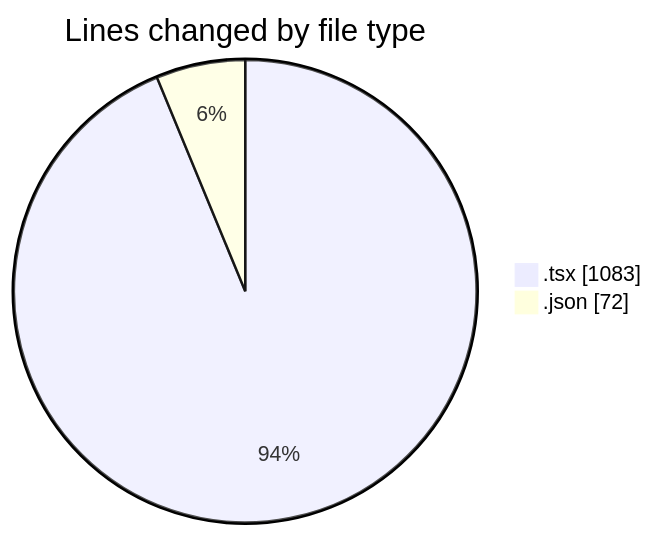
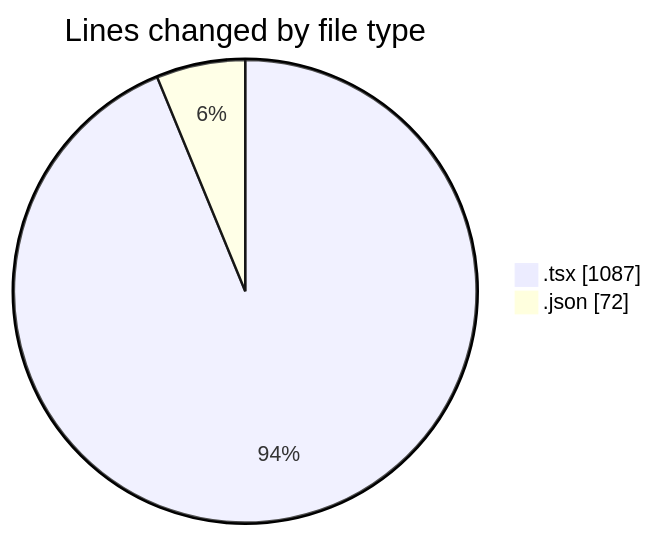
The first of 2 diagrams in 2026-11-11/cda/README.md (momahboobian/code-tracking), drawn with Mermaid before and after one commit. The commit also changed other lines of this file and 1 other file, not shown here.

````diff
--- a/2026-11-11/cda/README.md
+++ b/2026-11-11/cda/README.md
@@ -24,6 +24,6 @@
 ```mermaid
 pie showData
 title Lines changed by file type
-".tsx" : 1083
+".tsx" : 1087
 ".json" : 72
 ```
````
